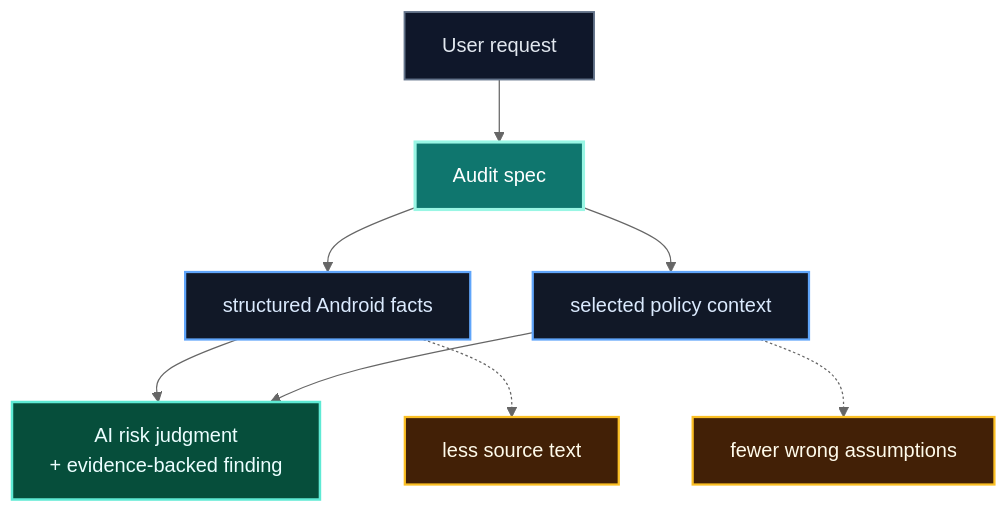
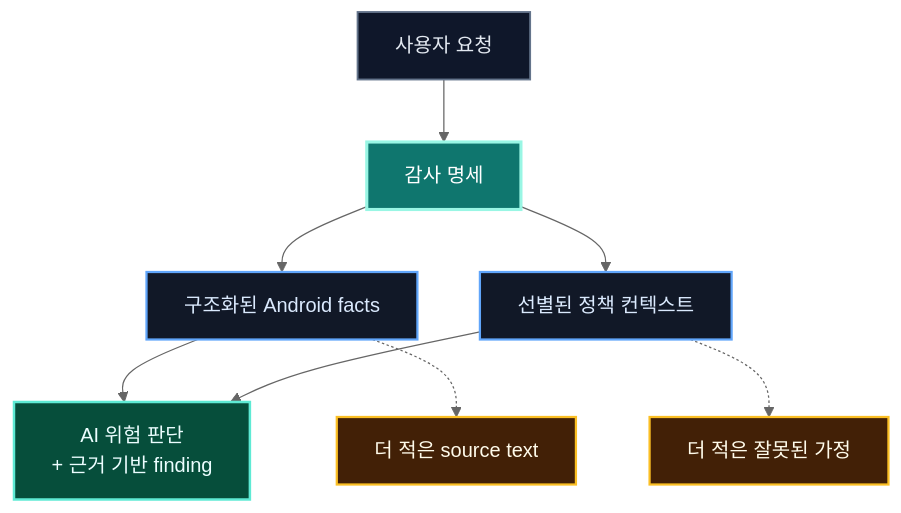
One commit to koalav/present-anyything changed diagram 13 of 14 in docs/ai-agent-effective-use/mermaid-diagrams.md. Above: the diagram before and after it, drawn with Mermaid (neutral theme). The commit also changed other lines of this file and 19 other files, not shown here.

````diff
--- a/docs/ai-agent-effective-use/mermaid-diagrams.md
+++ b/docs/ai-agent-effective-use/mermaid-diagrams.md
@@ -298,15 +257,15 @@
 ```mermaid
 flowchart TB
-  Request["User request"]:::input --> Spec["Audit spec"]:::core
-  Spec --> Facts["structured Android facts"]:::step
-  Spec --> Context["selected policy context"]:::step
-  Facts --> Judge["AI risk judgment<br/>+ evidence-backed finding"]:::success
+  Request["사용자 요청"]:::input --> Spec["감사 명세"]:::core
+  Spec --> Facts["구조화된 Android facts"]:::step
+  Spec --> Context["선별된 정책 컨텍스트"]:::step
+  Facts --> Judge["AI 위험 판단<br/>+ 근거 기반 finding"]:::success
   Context --> Judge
-  Facts -.-> Noise["less source text"]:::benefit
-  Context -.-> Accuracy["fewer wrong assumptions"]:::benefit
+  Facts -.-> Noise["더 적은 source text"]:::benefit
+  Context -.-> Accuracy["더 적은 잘못된 가정"]:::benefit
   classDef input fill:#0f172a,stroke:#64748b,color:#e2e8f0,stroke-width:1.5px;
   classDef core fill:#0f766e,stroke:#99f6e4,color:#ffffff,stroke-width:2.5px;
   classDef step fill:#111827,stroke:#60a5fa,color:#dbeafe,stroke-width:1.8px;
   classDef success fill:#064e3b,stroke:#5eead4,color:#ecfeff,stroke-width:2px;
   classDef benefit fill:#422006,stroke:#fbbf24,color:#fffbeb,stroke-width:1.8px;
 ```
````
